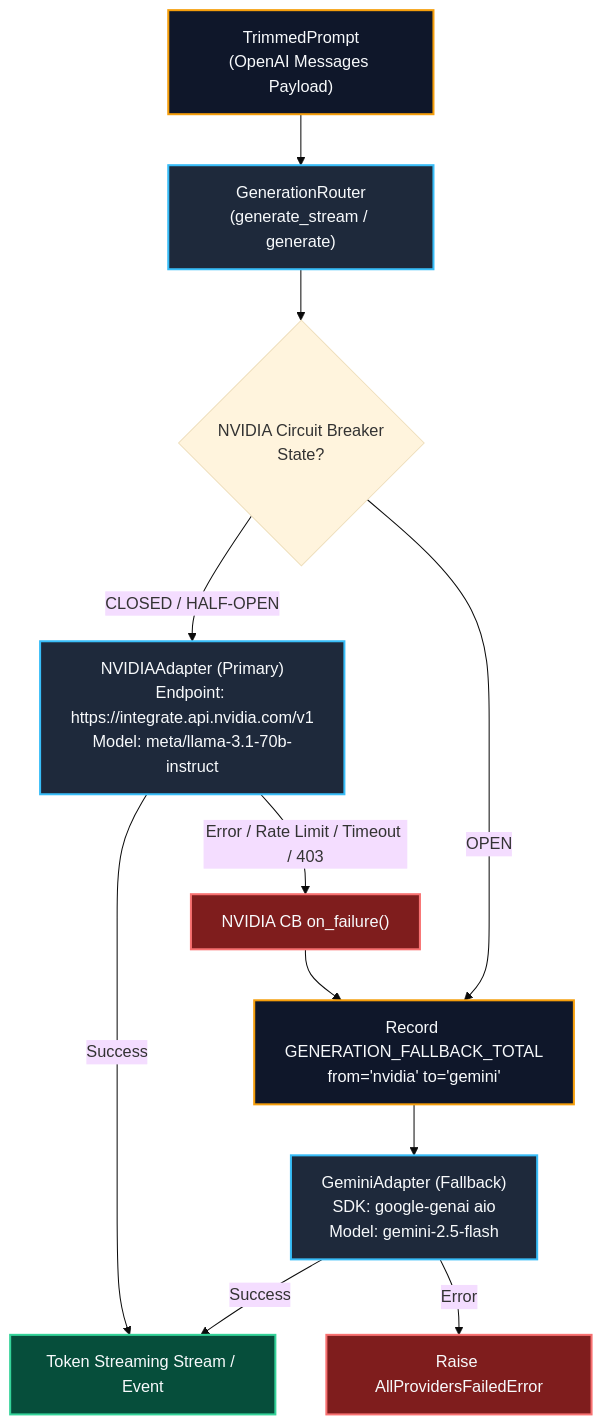
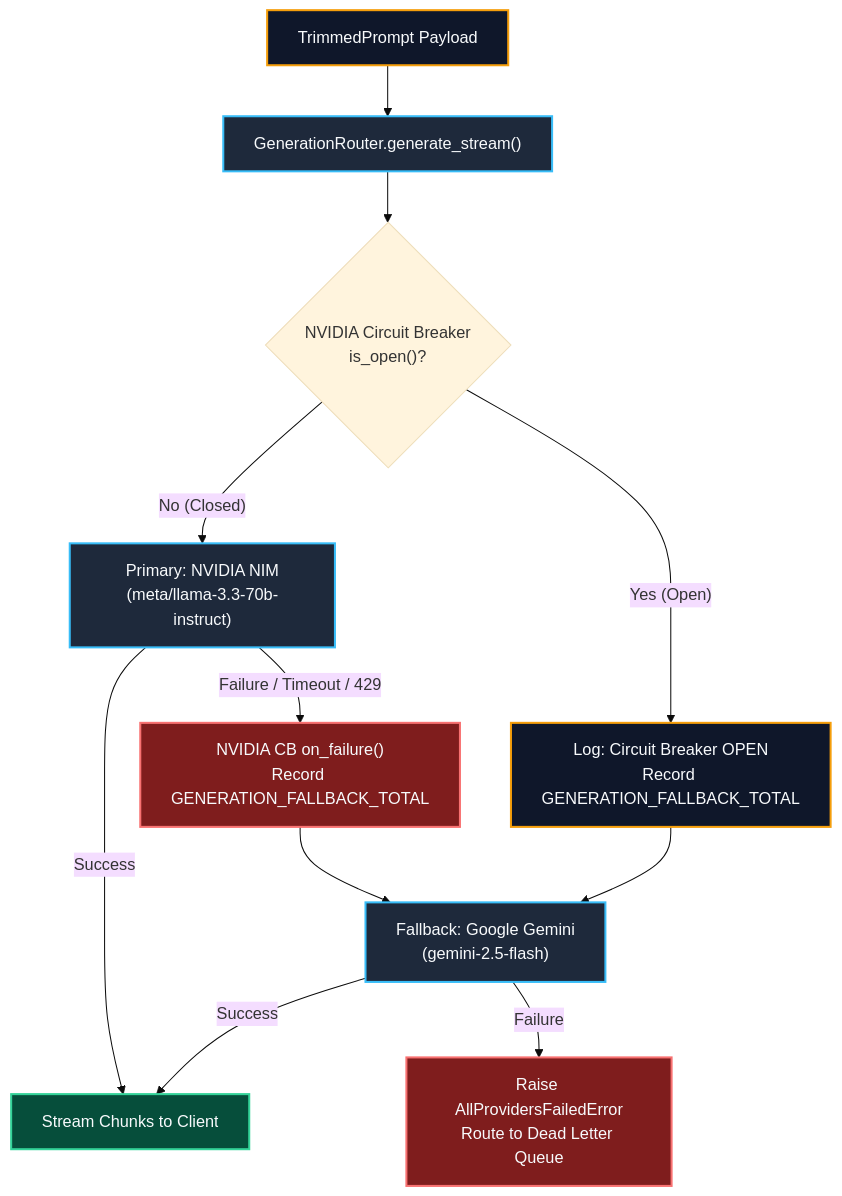
Before and after one commit to GranthanAI/llm-service: the diagram in docs/results/generation_router_result.md, drawn with Mermaid (base theme). The commit also changed other lines of this file and 6 other files, not shown here.

Commit message:
feat(providers): configure Groq/NVIDIA/Gemini hyperparameters, live verify all models, and update generation_router_result.md

````diff
--- a/docs/results/generation_router_result.md
+++ b/docs/results/generation_router_result.md
@@ -12,27 +146,28 @@
 ```mermaid
 graph TD
-    Trimmed["TrimmedPrompt<br/>(OpenAI Messages Payload)"] --> Router["GenerationRouter<br/>(generate_stream / generate)"]
+    Request["TrimmedPrompt Payload"] --> Router["GenerationRouter.generate_stream()"]
     
-    Router --> CheckCB{"NVIDIA Circuit Breaker<br/>State?"}
+    Router --> CheckCB{"NVIDIA Circuit Breaker<br/>is_open()?"}
     
-    CheckCB -- "CLOSED / HALF-OPEN" --> NVIDIA["NVIDIAAdapter (Primary)<br/>Endpoint: https://integrate.api.nvidia.com/v1<br/>Model: meta/llama-3.1-70b-instruct"]
-    CheckCB -- "OPEN" --> FallbackMetric["Record GENERATION_FALLBACK_TOTAL<br/>from='nvidia' to='gemini'"]
+    CheckCB -- "No (Closed)" --> NVIDIA["Primary: NVIDIA NIM<br/>(meta/llama-3.3-70b-instruct)"]
+    NVIDIA -- "Success" --> StreamChunk["Stream Chunks to Client"]
+    NVIDIA -- "Failure / Timeout / 429" --> Trip["NVIDIA CB on_failure()<br/>Record GENERATION_FALLBACK_TOTAL"]
     
-    NVIDIA -- "Success" --> StreamOut["Token Streaming Stream / Event"]
-    NVIDIA -- "Error / Rate Limit / Timeout / 403" --> TripCB["NVIDIA CB on_failure()"]
-    TripCB --> FallbackMetric
+    CheckCB -- "Yes (Open)" --> FallbackLog["Log: Circuit Breaker OPEN<br/>Record GENERATION_FALLBACK_TOTAL"]
     
-    FallbackMetric --> Gemini["GeminiAdapter (Fallback)<br/>SDK: google-genai aio<br/>Model: gemini-2.5-flash"]
-    Gemini -- "Success" --> StreamOut
-    Gemini -- "Error" --> FailAll["Raise AllProvidersFailedError"]
+    Trip --> Gemini["Fallback: Google Gemini<br/>(gemini-2.5-flash)"]
+    FallbackLog --> Gemini
+    
+    Gemini -- "Success" --> StreamChunk
+    Gemini -- "Failure" --> DLQ["Raise AllProvidersFailedError<br/>Route to Dead Letter Queue"]
     
     classDef comp fill:#1e293b,stroke:#38bdf8,stroke-width:2px,color:#f8fafc;
     classDef out fill:#064e3b,stroke:#34d399,stroke-width:2px,color:#f8fafc;
     classDef data fill:#0f172a,stroke:#f59e0b,stroke-width:2px,color:#f8fafc;
     classDef alert fill:#7f1d1d,stroke:#f87171,stroke-width:2px,color:#f8fafc;
     
     class Router,NVIDIA,Gemini comp;
-    class StreamOut out;
-    class Trimmed,FallbackMetric data;
-    class FailAll,TripCB alert;
+    class StreamChunk out;
+    class Request,FallbackLog data;
+    class Trip,DLQ alert;
 ```
````
